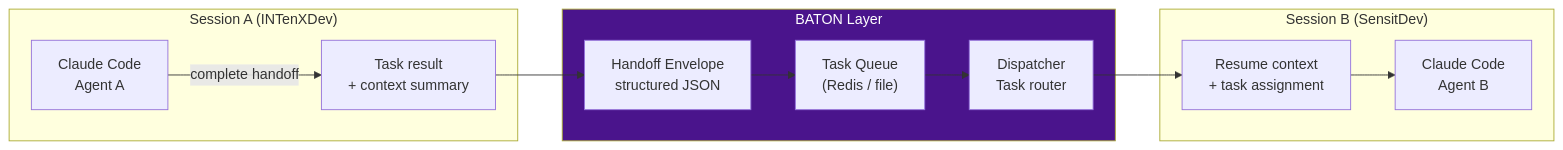
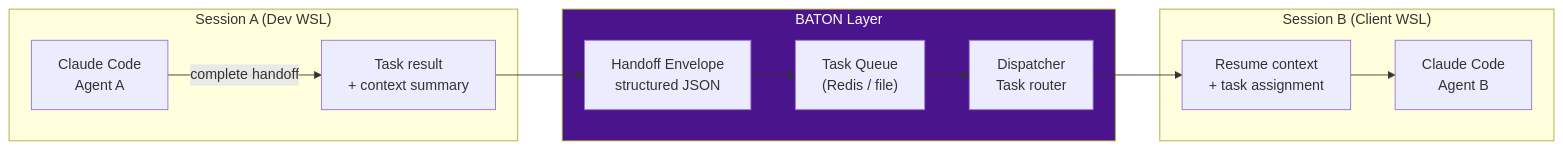
Before and after one commit to INTenX/rtgf-sage: the first of 2 diagrams in docs/components/baton.md, drawn with Mermaid. The commit also changed other lines of this file and 8 other files, not shown here.

````diff
--- a/docs/components/baton.md
+++ b/docs/components/baton.md
@@ -10,27 +10,27 @@
 ```mermaid
 flowchart LR
-    subgraph Session_A["Session A (INTenXDev)"]
+    subgraph Session_A["Session A (Dev WSL)"]
         A_AGENT["Claude Code\nAgent A"]
         A_OUT["Task result\n+ context summary"]
     end
 
     subgraph BATON_LAYER["BATON Layer"]
         DISPATCH["Dispatcher\nTask router"]
         ENVELOPE["Handoff Envelope\nstructured JSON"]
         QUEUE["Task Queue\n(Redis / file)"]
     end
 
-    subgraph Session_B["Session B (SensitDev)"]
+    subgraph Session_B["Session B (Client WSL)"]
         B_AGENT["Claude Code\nAgent B"]
         B_IN["Resume context\n+ task assignment"]
     end
 
     A_AGENT -->|"complete handoff"| A_OUT
     A_OUT --> ENVELOPE
     ENVELOPE --> QUEUE
     QUEUE --> DISPATCH
     DISPATCH --> B_IN
     B_IN --> B_AGENT
 
     style BATON_LAYER fill:#4a148c,color:#fff
 ```
````
